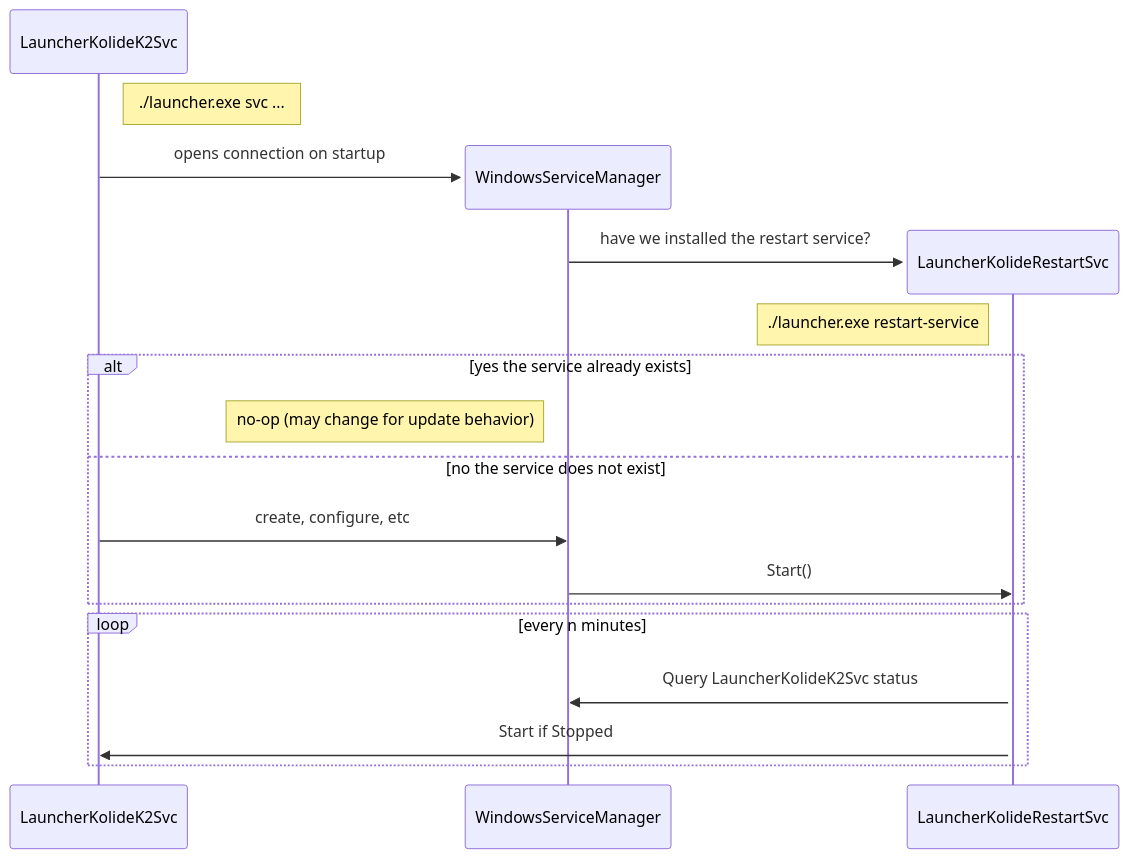
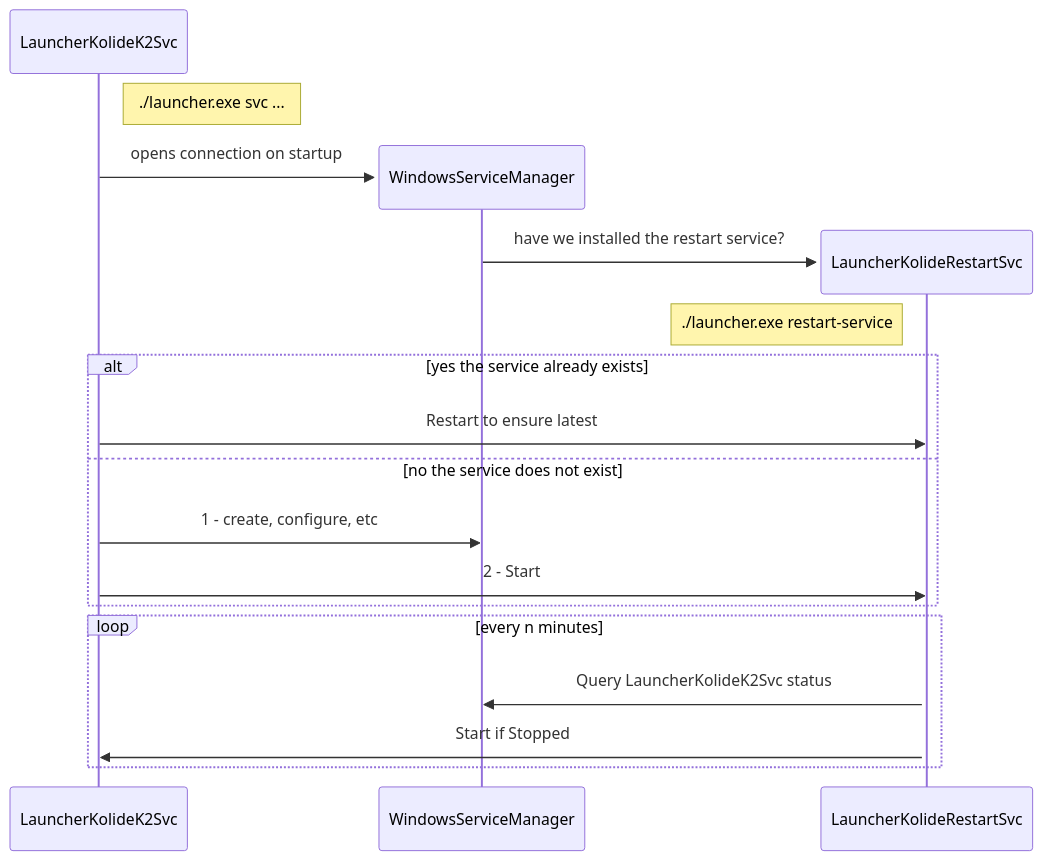
One commit to kolide/launcher changed the diagram in cmd/launcher/windows_restart_service.md. Above: the diagram before and after it, drawn with Mermaid. The commit also changed 3 other files, not shown here.

````diff
--- a/cmd/launcher/windows_restart_service.md
+++ b/cmd/launcher/windows_restart_service.md
@@ -1,23 +1,23 @@
 ```mermaid
 sequenceDiagram
     participant LauncherKolideK2Svc
     Note right of LauncherKolideK2Svc: ./launcher.exe svc ...
     create participant WindowsServiceManager
     LauncherKolideK2Svc->>WindowsServiceManager: opens connection on startup
     create participant LauncherKolideRestartSvc
     WindowsServiceManager->>LauncherKolideRestartSvc: have we installed the restart service?
     Note left of LauncherKolideRestartSvc: ./launcher.exe restart-service
 
     alt yes the service already exists
-        Note left of WindowsServiceManager: no-op (may change for update behavior)
+        LauncherKolideK2Svc->>LauncherKolideRestartSvc: Restart to ensure latest
     else no the service does not exist
-        LauncherKolideK2Svc->>WindowsServiceManager: create, configure, etc
-        WindowsServiceManager->>LauncherKolideRestartSvc: Start()
+        LauncherKolideK2Svc->>WindowsServiceManager: 1 - create, configure, etc
+        LauncherKolideK2Svc->>LauncherKolideRestartSvc: 2 - Start
         activate LauncherKolideRestartSvc
     end
 
     loop every n minutes
         LauncherKolideRestartSvc->>WindowsServiceManager: Query LauncherKolideK2Svc status
         LauncherKolideRestartSvc->>LauncherKolideK2Svc: Start if Stopped
     end
 ```
````
